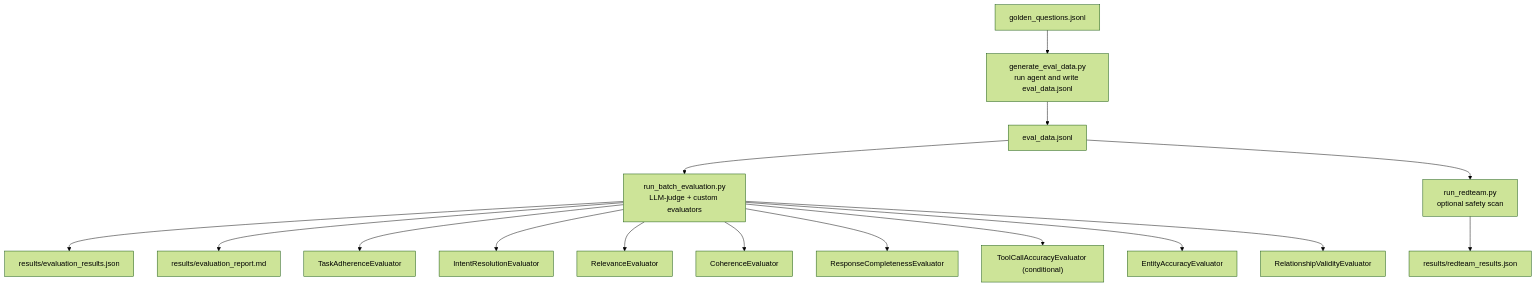
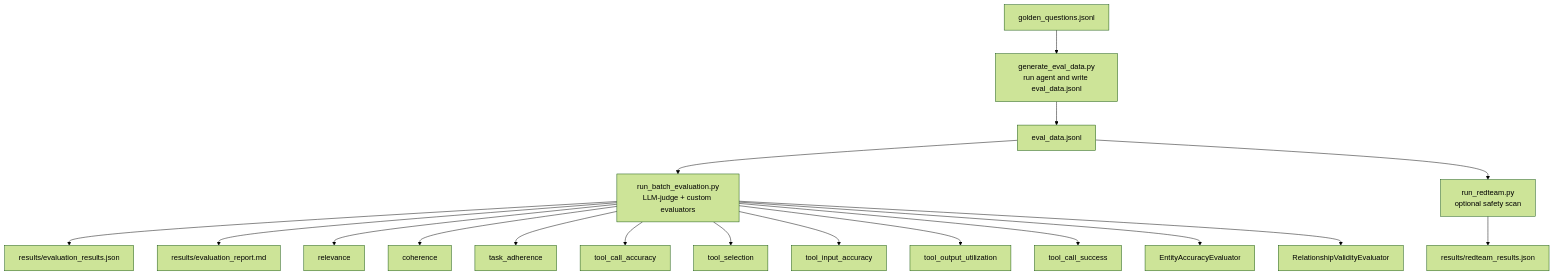
Before and after one commit to cristofima/maf-graphrag-series: the diagram in src/maf_graphrag/evaluation/README.md, drawn with Mermaid (forest theme). The commit also changed other lines of this file and 7 other files, not shown here.

````diff
--- a/src/maf_graphrag/evaluation/README.md
+++ b/src/maf_graphrag/evaluation/README.md
@@ -14,20 +15,22 @@
 ```mermaid
 flowchart TD
     G["golden_questions.jsonl"] --> D["generate_eval_data.py\nrun agent and write eval_data.jsonl"]
     D --> E["eval_data.jsonl"]
     E --> B["run_batch_evaluation.py\nLLM-judge + custom evaluators"]
     B --> R1["results/evaluation_results.json"]
     B --> R2["results/evaluation_report.md"]
 
-    B --> TA["TaskAdherenceEvaluator"]
-    B --> IR["IntentResolutionEvaluator"]
-    B --> RE["RelevanceEvaluator"]
-    B --> CO["CoherenceEvaluator"]
-    B --> RC["ResponseCompletenessEvaluator"]
-    B --> TC["ToolCallAccuracyEvaluator (conditional)"]
+    B --> RE["relevance"]
+    B --> CO["coherence"]
+    B --> TA["task_adherence"]
+    B --> TCA["tool_call_accuracy"]
+    B --> TS["tool_selection"]
+    B --> TIA["tool_input_accuracy"]
+    B --> TOU["tool_output_utilization"]
+    B --> TCS["tool_call_success"]
     B --> EA["EntityAccuracyEvaluator"]
     B --> RV["RelationshipValidityEvaluator"]
 
     E --> RT["run_redteam.py\noptional safety scan"]
     RT --> R3["results/redteam_results.json"]
 ```
````
